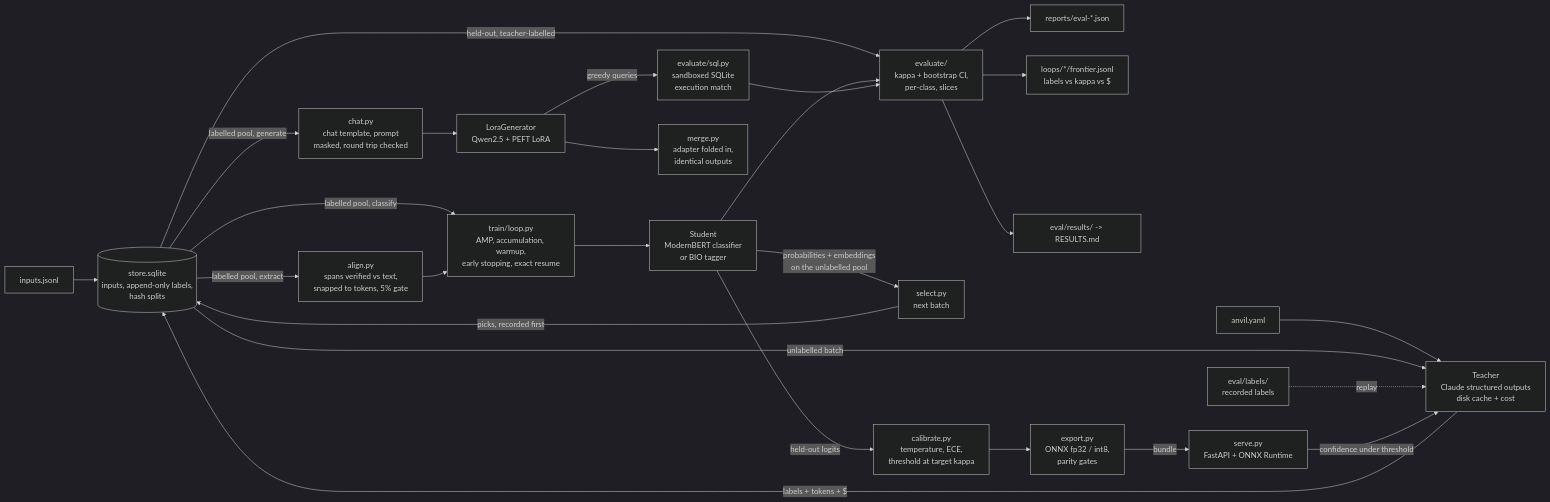
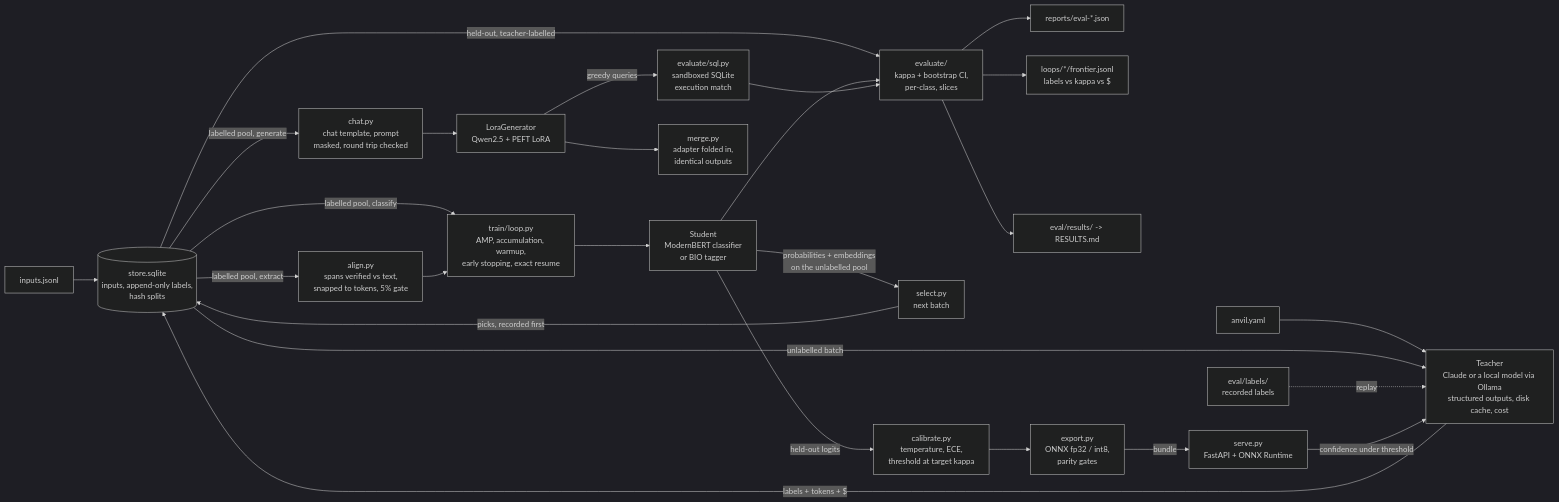
Before and after one commit to TheAsianFish/anvil: the diagram in README.md, drawn with Mermaid (dark theme). The commit also changed other lines of this file and 48 other files, not shown here.

First line of the commit message:
M8: The first fallible teacher — `OllamaTeacher` (`provider: ollama`, the same system prompt, JSON schema, p (#10)

````diff
--- a/README.md
+++ b/README.md
@@ -216,28 +219,28 @@
 ```mermaid
 flowchart LR
     I[inputs.jsonl] --> ST[(store.sqlite<br/>inputs, append-only labels,<br/>hash splits)]
     SPEC[anvil.yaml] --> T
-    ST -->|unlabelled batch| T[Teacher<br/>Claude structured outputs<br/>disk cache + cost]
+    ST -->|unlabelled batch| T[Teacher<br/>Claude or a local model via Ollama<br/>structured outputs, disk cache, cost]
     T -->|labels + tokens + $| ST
     ST -->|labelled pool, classify| TR[train/loop.py<br/>AMP, accumulation, warmup,<br/>early stopping, exact resume]
     ST -->|labelled pool, extract| AL[align.py<br/>spans verified vs text,<br/>snapped to tokens, 5% gate]
     AL --> TR
     TR --> S[Student<br/>ModernBERT classifier<br/>or BIO tagger]
     ST -->|held-out, teacher-labelled| EV[evaluate/<br/>kappa + bootstrap CI,<br/>per-class, slices]
     S --> EV
     EV --> R[reports/eval-*.json]
     S -->|probabilities + embeddings<br/>on the unlabelled pool| SEL[select.py<br/>next batch]
     SEL -->|picks, recorded first| ST
     EV --> FR[loops/*/frontier.jsonl<br/>labels vs kappa vs $]
     LF[eval/labels/<br/>recorded labels] -.->|replay| T
     EV --> RES[eval/results/ -> RESULTS.md]
     S -->|held-out logits| CAL[calibrate.py<br/>temperature, ECE,<br/>threshold at target kappa]
     CAL --> EX[export.py<br/>ONNX fp32 / int8,<br/>parity gates]
     EX -->|bundle| SV[serve.py<br/>FastAPI + ONNX Runtime]
     SV -->|confidence under threshold| T
     ST -->|labelled pool, generate| CH[chat.py<br/>chat template, prompt<br/>masked, round trip checked]
     CH --> LG[LoraGenerator<br/>Qwen2.5 + PEFT LoRA]
     LG -->|greedy queries| SQ[evaluate/sql.py<br/>sandboxed SQLite<br/>execution match]
     SQ --> EV
     LG --> MG[merge.py<br/>adapter folded in,<br/>identical outputs]
 ```
````
